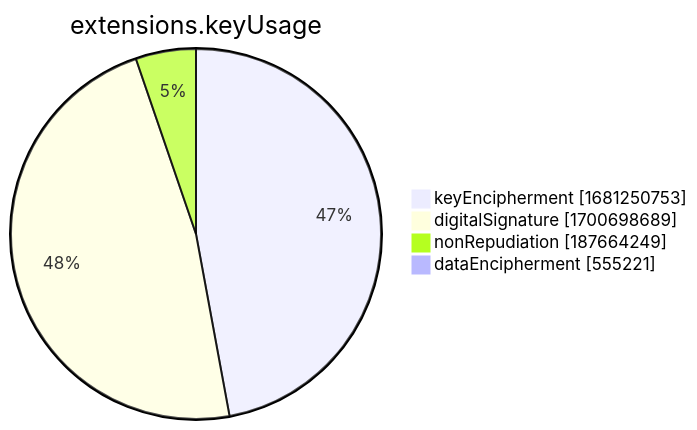
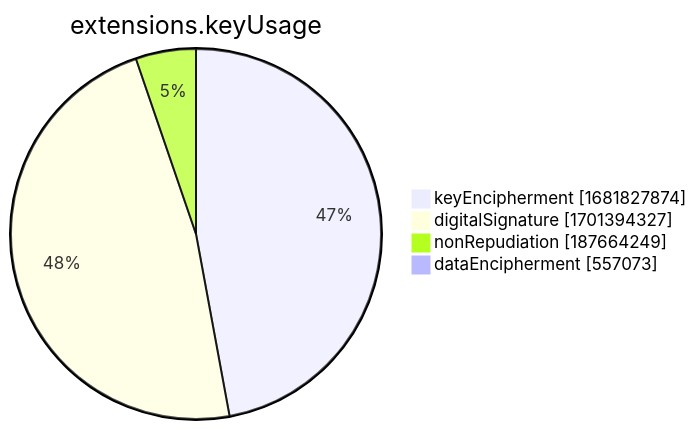
Before and after one commit to christiankrug/ctmonitor_visualization: the seventh of 15 diagrams in xenon2022/README.md, drawn with Mermaid. The commit also changed other lines of this file, not shown here.

````diff
--- a/xenon2022/README.md
+++ b/xenon2022/README.md
@@ -2857,8 +2857,8 @@
 ```mermaid
 pie showData
 title extensions.keyUsage
-"keyEncipherment" :1681250753
-"digitalSignature" :1700698689
+"keyEncipherment" :1681827874
+"digitalSignature" :1701394327
 "nonRepudiation" :187664249
-"dataEncipherment" :555221
+"dataEncipherment" :557073
 ```
````
